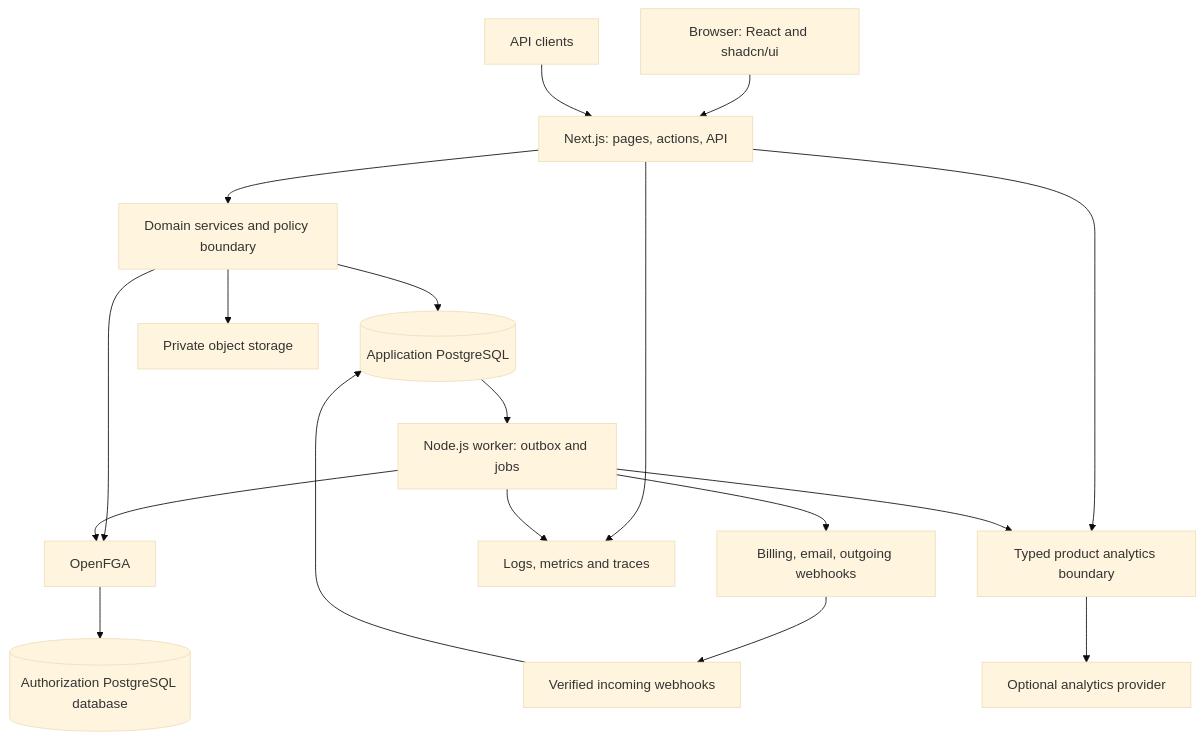
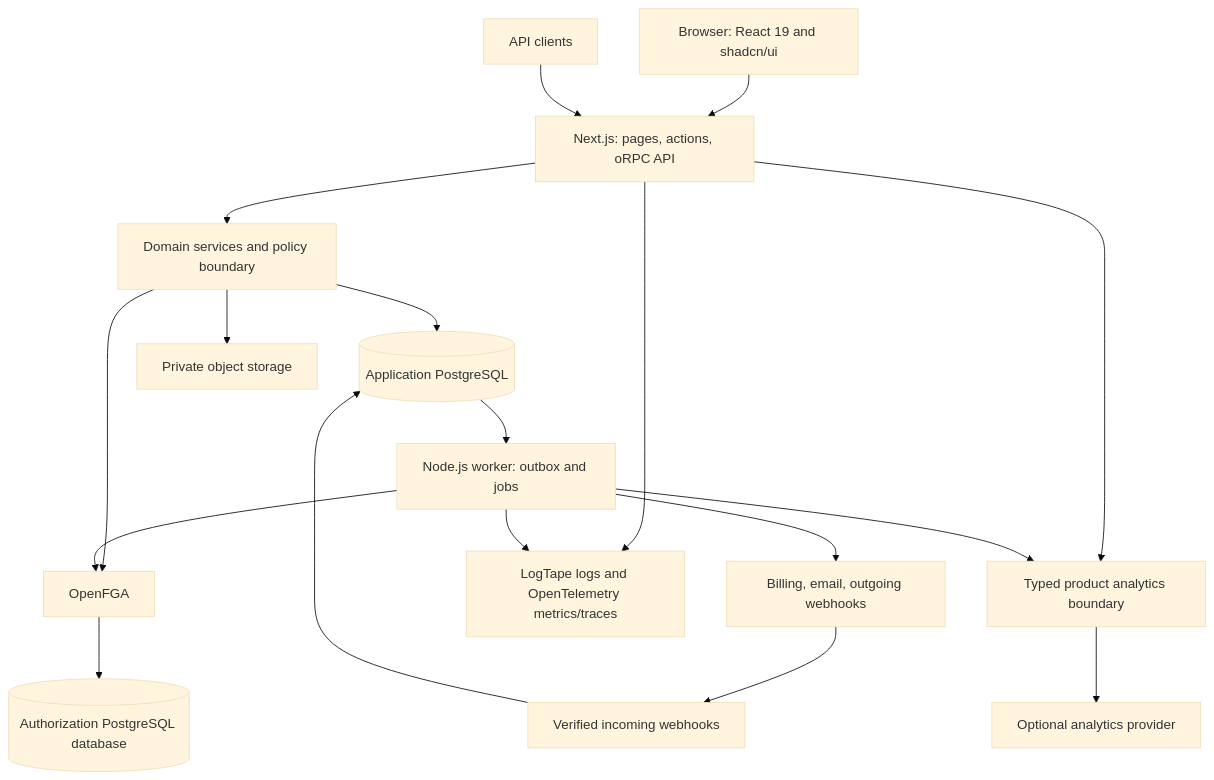
The diagram in docs/02-architecture-and-security.md (dani-beltran/saas-cook), drawn with Mermaid (base theme) before and after one commit. The commit also changed other lines of this file and 8 other files, not shown here.

````diff
--- a/docs/02-architecture-and-security.md
+++ b/docs/02-architecture-and-security.md
@@ -36,20 +65,20 @@
 ```mermaid
 flowchart TD
-    Browser[Browser: React and shadcn/ui] --> Web[Next.js: pages, actions, API]
+    Browser[Browser: React 19 and shadcn/ui] --> Web[Next.js: pages, actions, oRPC API]
     APIClient[API clients] --> Web
     Web --> Services[Domain services and policy boundary]
     Services --> DB[(Application PostgreSQL)]
     Services --> FGA[OpenFGA]
     FGA --> FGADB[(Authorization PostgreSQL database)]
     Services --> Storage[Private object storage]
     DB --> Worker[Node.js worker: outbox and jobs]
     Worker --> FGA
     Worker --> Providers[Billing, email, outgoing webhooks]
     Providers --> Inbox[Verified incoming webhooks]
     Inbox --> DB
-    Web --> Telemetry[Logs, metrics and traces]
+    Web --> Telemetry[LogTape logs and OpenTelemetry metrics/traces]
     Worker --> Telemetry
     Web --> Analytics[Typed product analytics boundary]
     Worker --> Analytics
     Analytics --> AnalyticsProvider[Optional analytics provider]
 ```
````
